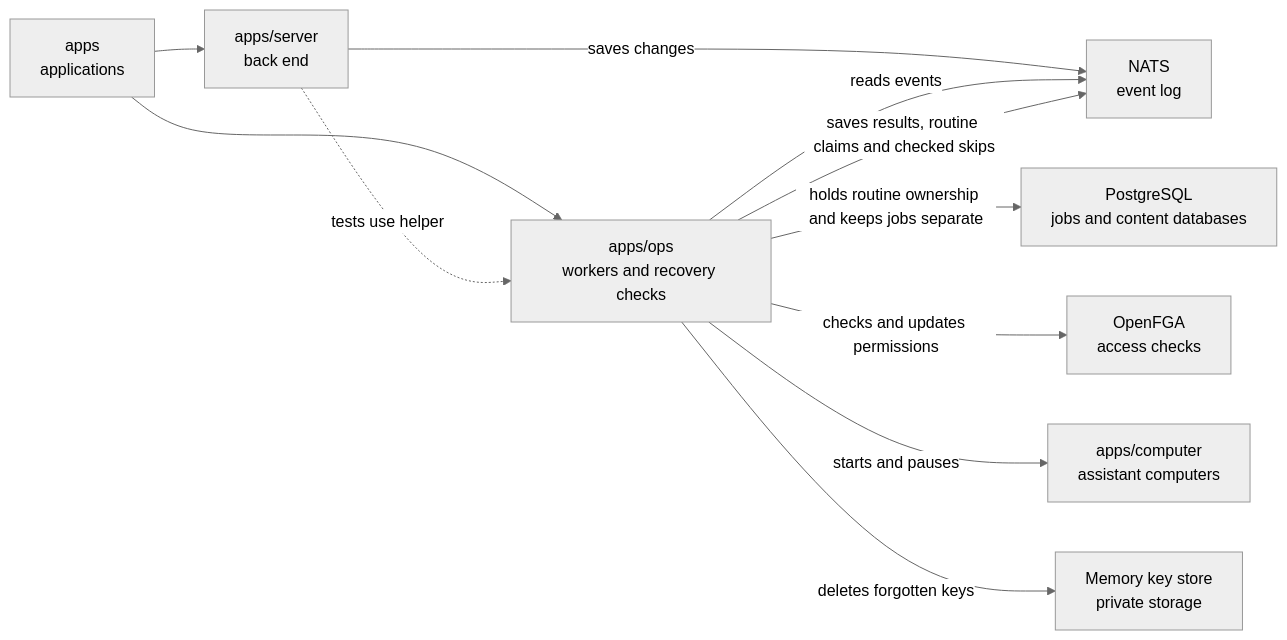
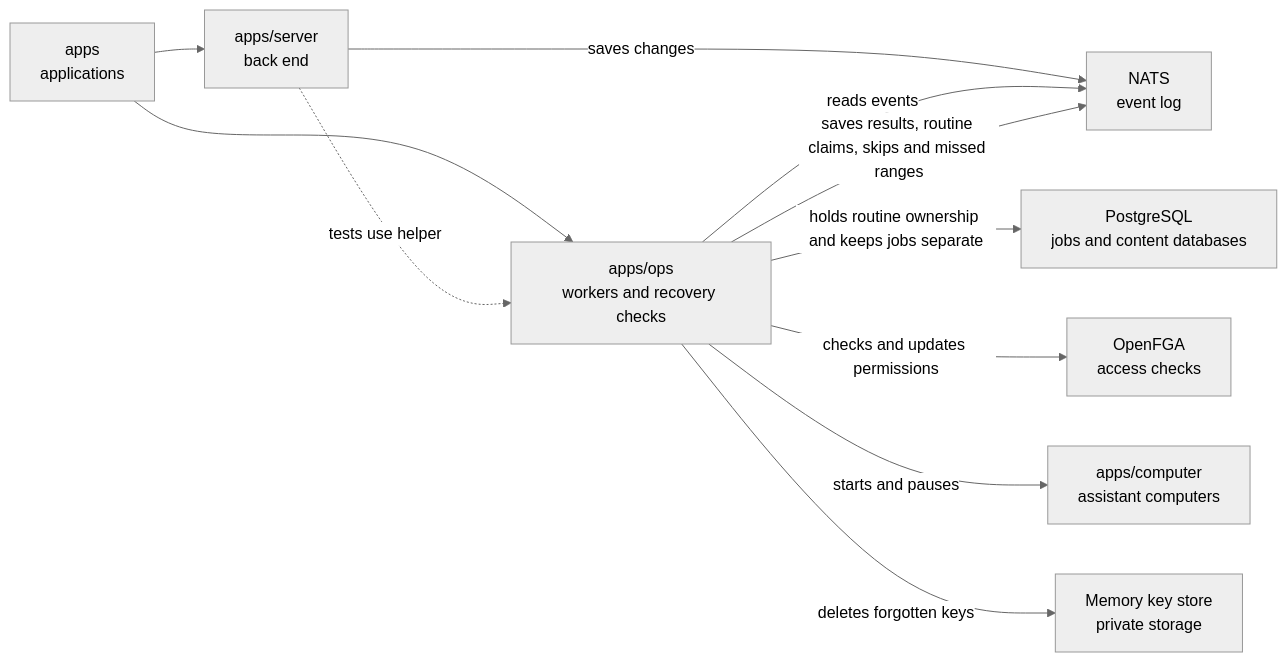
Before and after one commit to elewa-git/opencrane-new: the diagram in apps/ops/README.md, drawn with Mermaid (neutral theme). The commit also changed other lines of this file and 4 other files, not shown here.

````diff
--- a/apps/ops/README.md
+++ b/apps/ops/README.md
@@ -17,13 +17,13 @@
 ```mermaid
 flowchart LR
   apps["apps<br/>applications"] --> ops["apps/ops<br/>workers and recovery checks"]
   apps --> server["apps/server<br/>back end"]
   server -.->|tests use helper| ops
   server -->|saves changes| nats["NATS<br/>event log"]
   ops -->|reads events| nats
-  ops -->|saves results, routine claims and checked skips| nats
+  ops -->|saves results, routine claims, skips and missed ranges| nats
   ops -->|holds routine ownership and keeps jobs separate| pg["PostgreSQL<br/>jobs and content databases"]
   ops -->|checks and updates permissions| fga["OpenFGA<br/>access checks"]
   ops -->|starts and pauses| computer["apps/computer<br/>assistant computers"]
   ops -->|deletes forgotten keys| keys["Memory key store<br/>private storage"]
 ```
````
